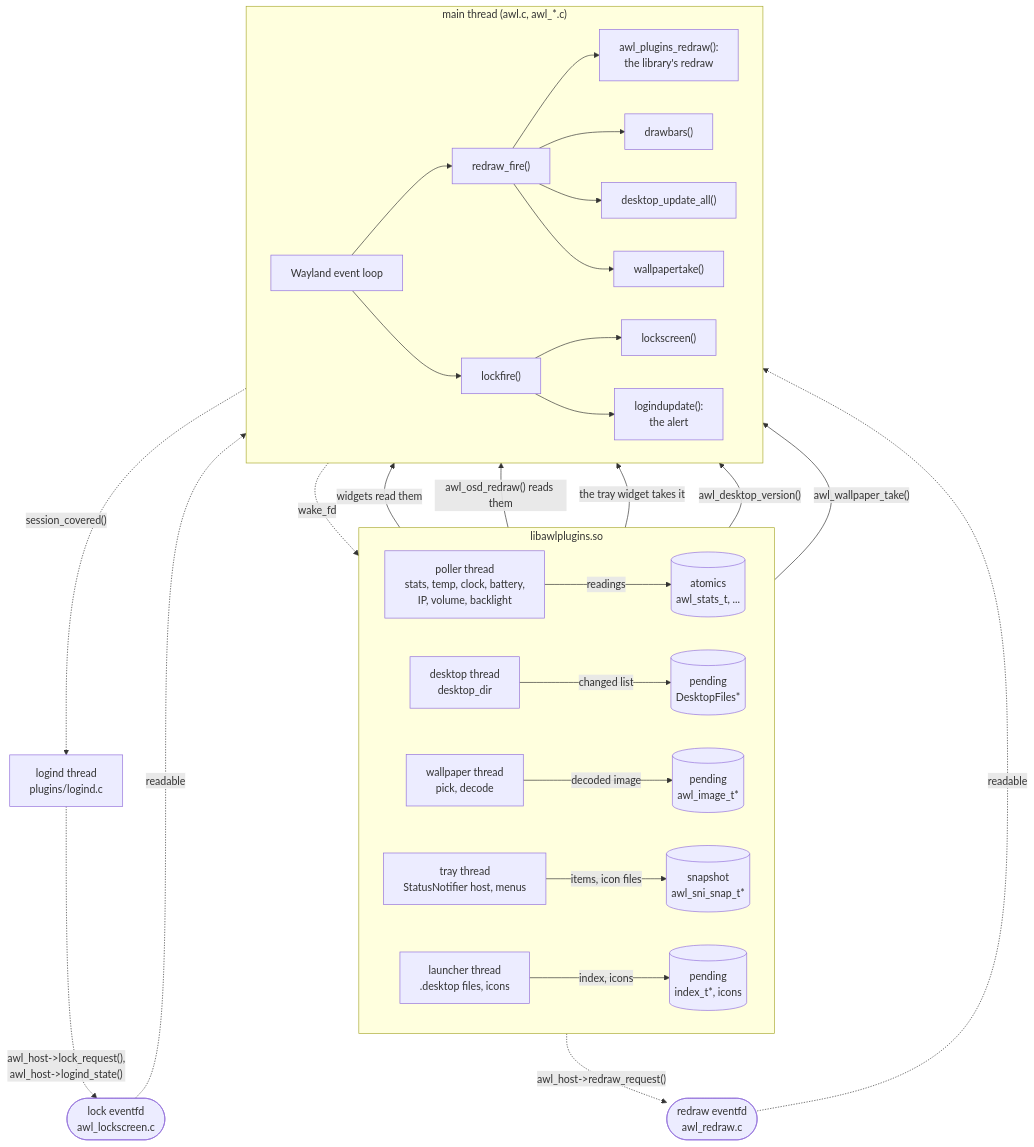
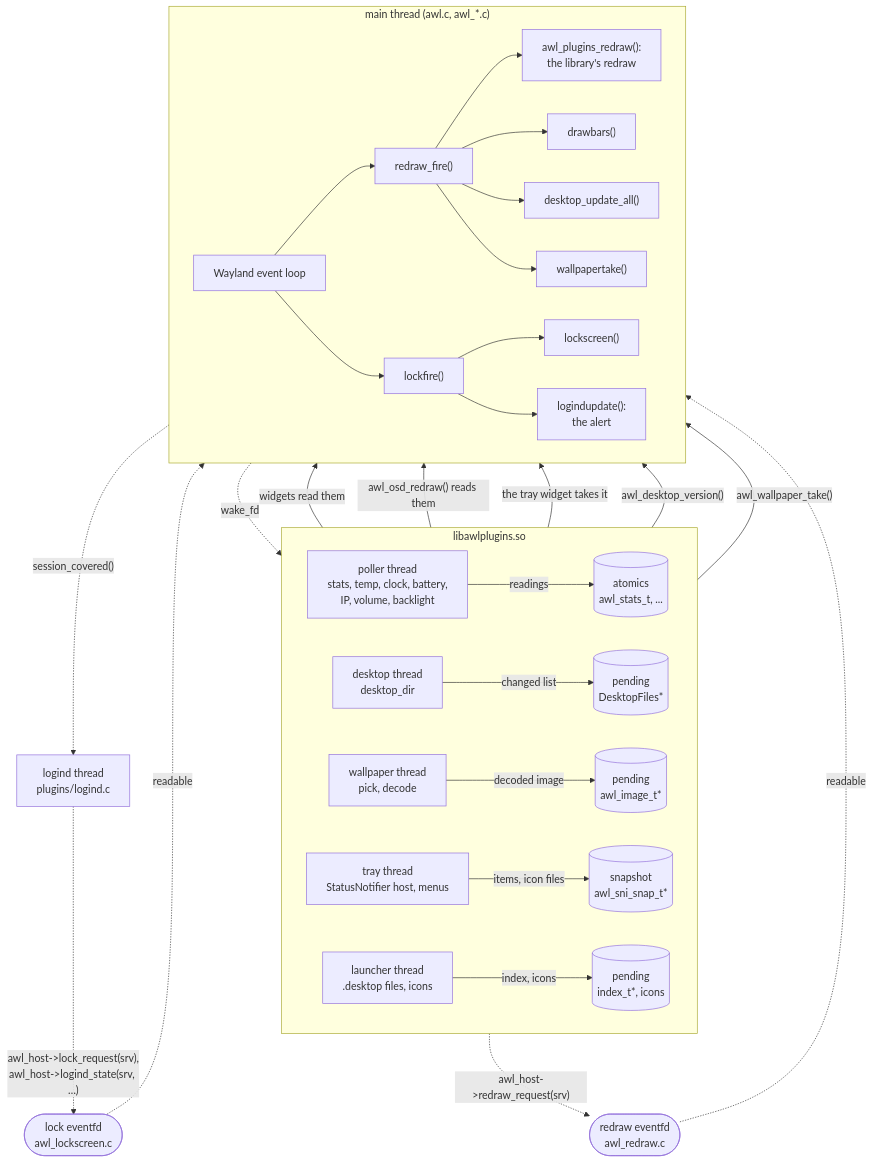
Before and after one commit to alcubierre-drive/awl: the first of 8 diagrams in doc/threads.rst, drawn with Mermaid. The commit also changed other lines of this file and 60 other files, not shown here.

```diff
--- a/doc/threads.rst
+++ b/doc/threads.rst
@@ -118,37 +120,37 @@
 .. mermaid::
 
    flowchart TB
      subgraph lib["libawlplugins.so"]
        direction LR
        poller["poller thread<br/>stats, temp, clock, battery,<br/>IP, volume, backlight"] -- "readings" --> atomics[("atomics<br/>awl_stats_t, ...")]
        scanner["desktop thread<br/>desktop_dir"] -- "changed list" --> pending[("pending<br/>DesktopFiles*")]
        changer["wallpaper thread<br/>pick, decode"] -- "decoded image" --> image[("pending<br/>awl_image_t*")]
        tray["tray thread<br/>StatusNotifier host, menus"] -- "items, icon files" --> snap[("snapshot<br/>awl_sni_snap_t*")]
        launcher["launcher thread<br/>.desktop files, icons"] -- "index, icons" --> lpending[("pending<br/>index_t*, icons")]
      end
      logind["logind thread<br/>plugins/logind.c"]
      redraw(["redraw eventfd<br/>awl_redraw.c"])
      lockfd(["lock eventfd<br/>awl_lockscreen.c"])
      subgraph main["main thread (awl.c, awl_*.c)"]
        direction LR
        loop["Wayland event loop"] --> fire["redraw_fire()"]
        fire --> hook["awl_plugins_redraw():<br/>the library's redraw"]
        fire --> bars["drawbars()"]
        fire --> panels["desktop_update_all()"]
        fire --> wp["wallpapertake()"]
        loop --> lockfire["lockfire()"]
        lockfire --> lockscreen["lockscreen()"]
        lockfire --> logindupdate["logindupdate():<br/>the alert"]
      end
 
-     lib -. "awl_host->redraw_request()" .-> redraw
+     lib -. "awl_host->redraw_request(srv)" .-> redraw
      redraw -. "readable" .-> loop
-     logind -. "awl_host->lock_request(),<br/>awl_host->logind_state()" .-> lockfd
+     logind -. "awl_host->lock_request(srv),<br/>awl_host->logind_state(srv, …)" .-> lockfd
      lockfd -. "readable" .-> loop
      main -. "session_covered()" .-> logind
      atomics -- "widgets read them" --> bars
      atomics -- "awl_osd_redraw() reads them" --> hook
      snap -- "the tray widget takes it" --> bars
      pending -- "awl_desktop_version()" --> panels
      image -- "awl_wallpaper_take()" --> wp
      main -. "wake_fd" .-> lib
```
